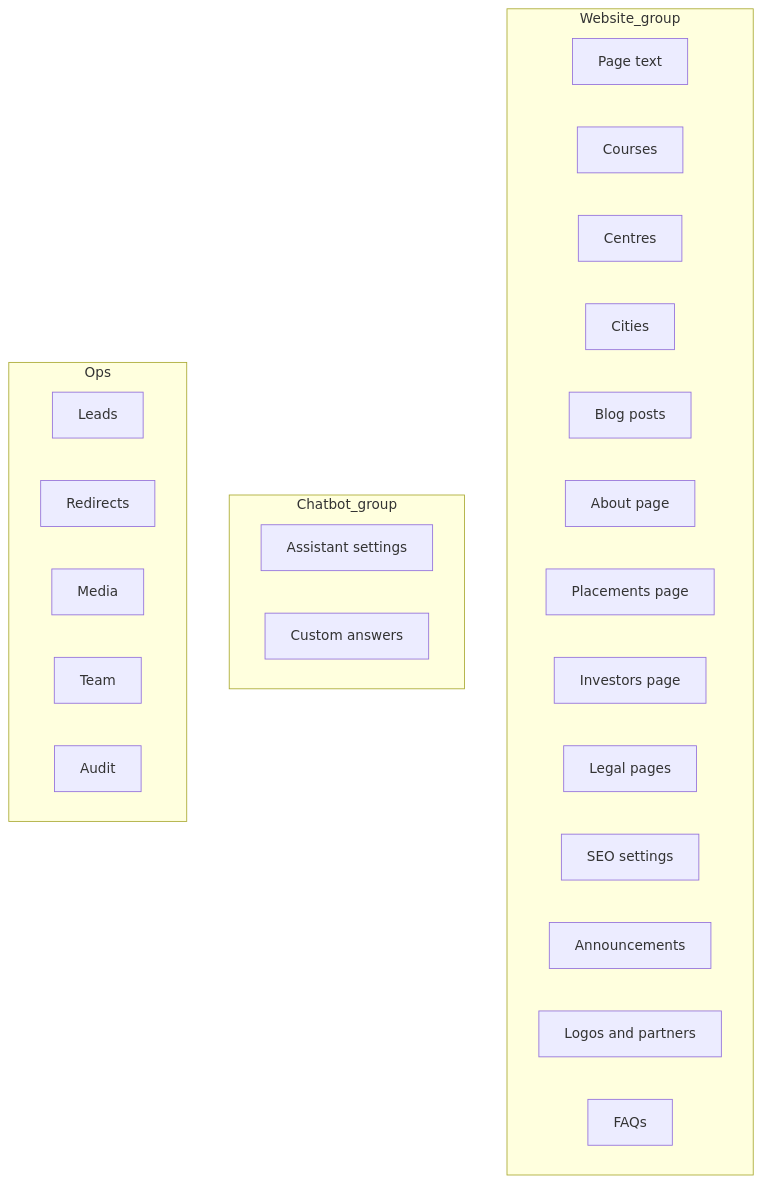
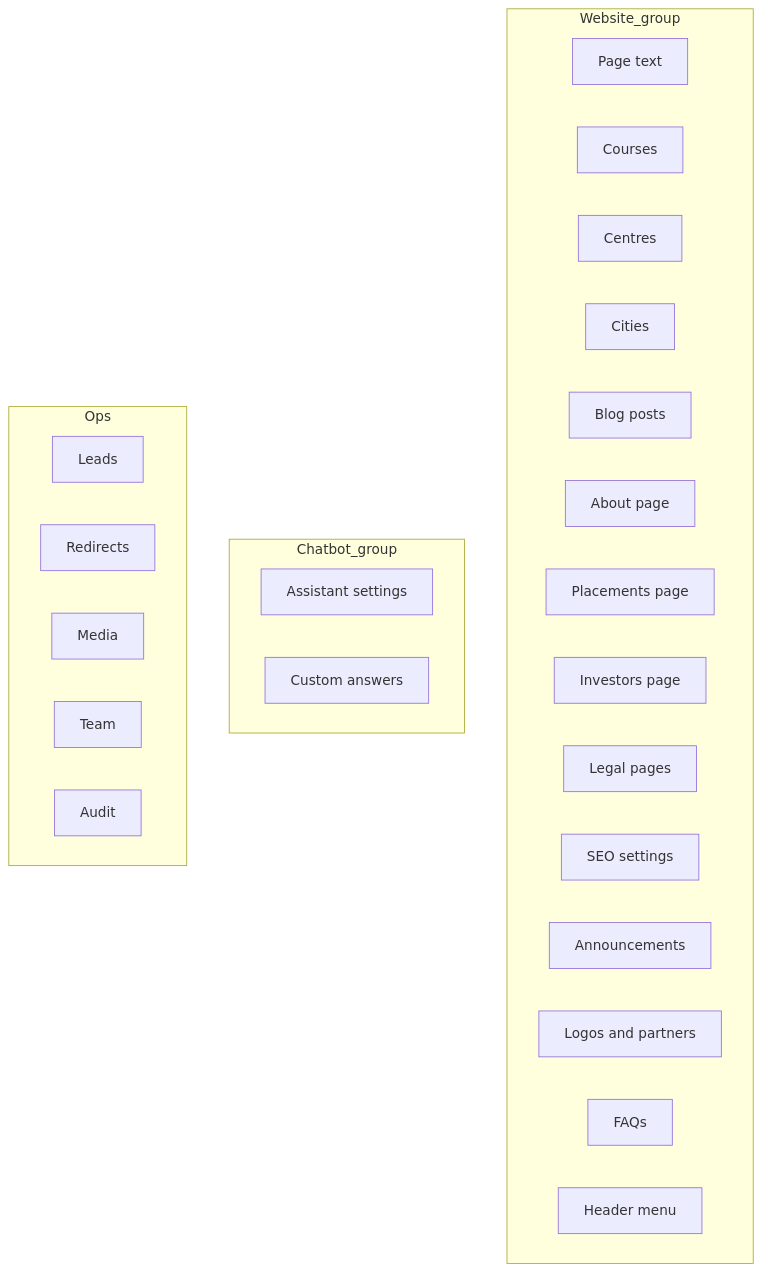
One commit to fe-techTeam/jetking-website-new changed the sixth of 10 diagrams in docs/ADMIN_CMS.md. Above: the diagram before and after it, drawn with Mermaid. The commit also changed other lines of this file and 7 other files, not shown here.

First line of the commit message:
docs: environment reference, custom roles, email, header menu, tracking

````diff
--- a/docs/ADMIN_CMS.md
+++ b/docs/ADMIN_CMS.md
@@ -154,29 +177,30 @@
 ```mermaid
 flowchart TB
   subgraph Website_group
     PT[Page text]
     CO[Courses]
     CE[Centres]
     CI[Cities]
     PO[Blog posts]
     AB[About page]
     PL[Placements page]
     IN[Investors page]
     LE[Legal pages]
     SE[SEO settings]
     AN[Announcements]
     LO[Logos and partners]
     FA[FAQs]
+    HM[Header menu]
   end
   subgraph Chatbot_group
     CS[Assistant settings]
     CK[Custom answers]
   end
   subgraph Ops
     LD[Leads]
     RD[Redirects]
     MD[Media]
     TM[Team]
     AU[Audit]
   end
 ```
````
